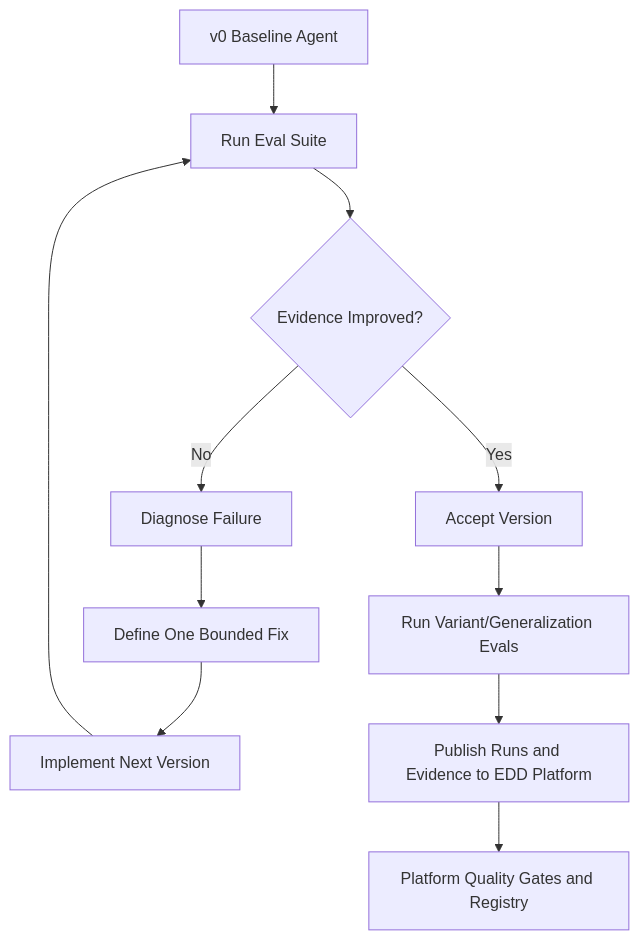
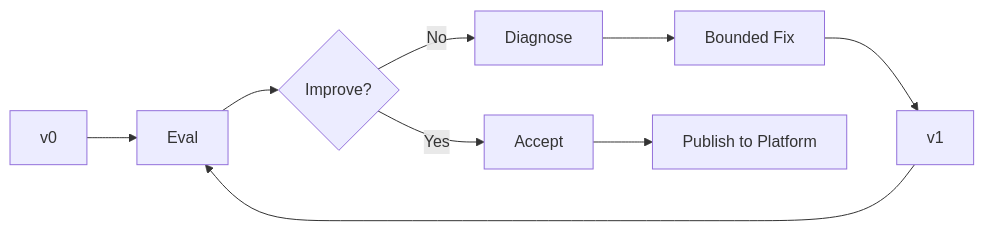
Before and after one commit to bfalkowski/edd-agent-lab: the first of 3 diagrams in README.md, drawn with Mermaid. The commit also changed other lines of this file, not shown here.

First line of the commit message:
Simplify README Mermaid diagrams for readability

````diff
--- a/README.md
+++ b/README.md
@@ -20,13 +20,11 @@
 ```mermaid
-flowchart TD
-    A[v0 Baseline Agent] --> B[Run Eval Suite]
-    B --> C{Evidence Improved?}
-    C -- No --> D[Diagnose Failure]
-    D --> E[Define One Bounded Fix]
-    E --> F[Implement Next Version]
+flowchart LR
+    A[v0] --> B[Eval]
+    B --> C{Improve?}
+    C -- No --> D[Diagnose]
+    D --> E[Bounded Fix]
+    E --> F[v1]
     F --> B
-    C -- Yes --> G[Accept Version]
-    G --> H[Run Variant/Generalization Evals]
-    H --> I[Publish Runs and Evidence to EDD Platform]
-    I --> J[Platform Quality Gates and Registry]
+    C -- Yes --> G[Accept]
+    G --> H[Publish to Platform]
 ```
````
